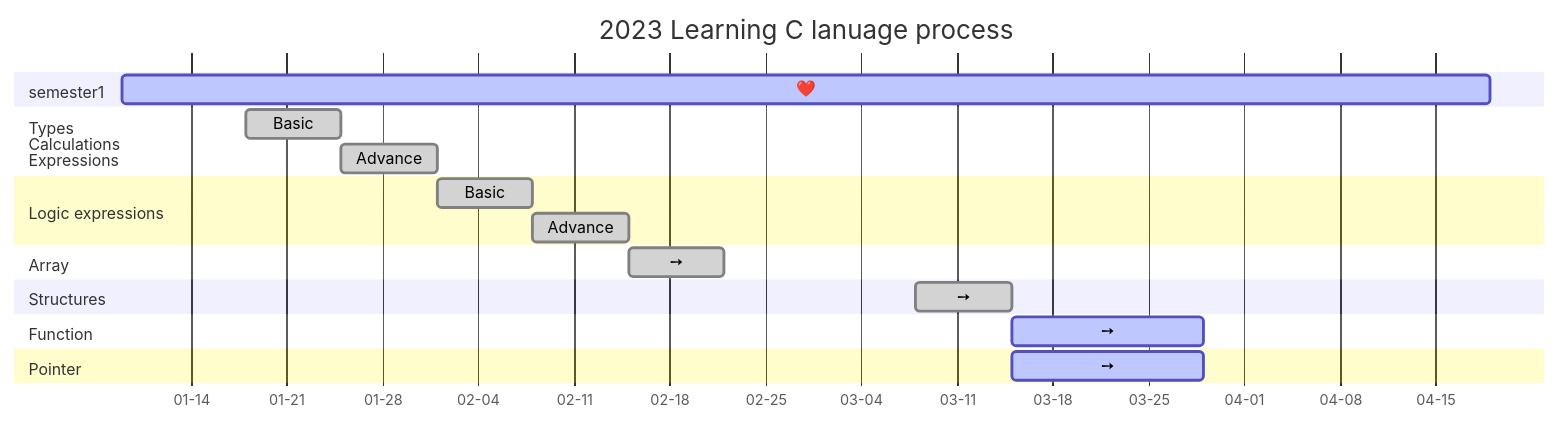
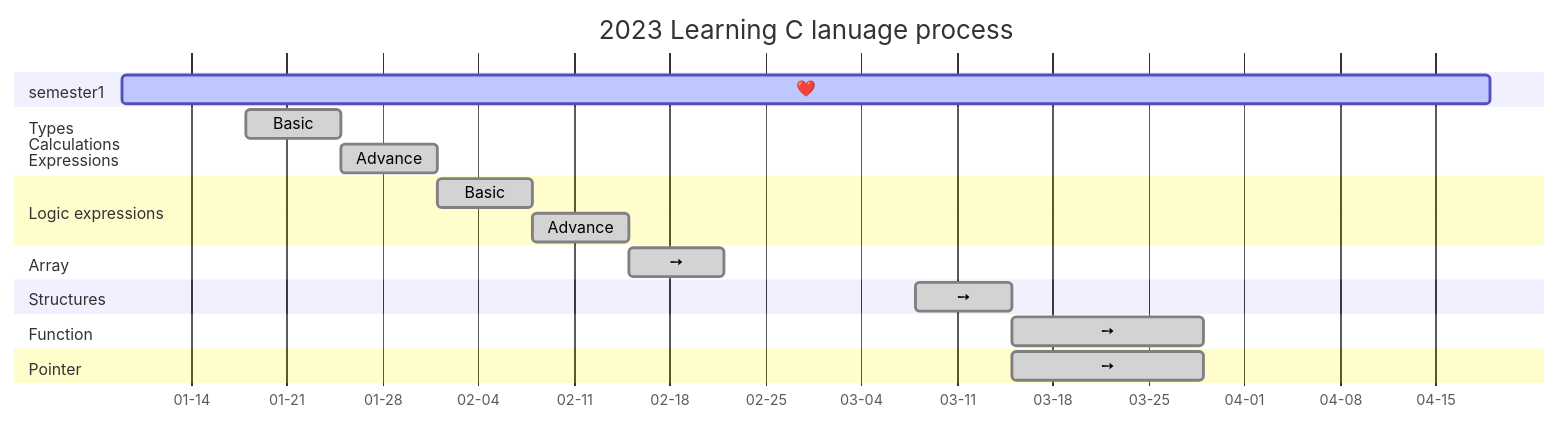
One commit to AimeeWen1992/Learning-C changed the diagram in README.md. Above: the diagram before and after it, drawn with Mermaid. The commit also changed other lines of this file, not shown here.

````diff
--- a/README.md
+++ b/README.md
@@ -17,28 +17,29 @@
 ```mermaid
 gantt
 title 2023 Learning C lanuage process 
 dateFormat YYYY-MM-DD
 axisFormat %m-%d
 
 section semester1
         ❤️:active,01-09,100d
 section Types<br />Calculations<br />Expressions
  Basic   :done,01-18,7d
  Advance :done,01-25,7d
 
 section Logic expressions
 Basic   :done,02-01,7d
 Advance :done,02-08,7d
 
 section Array
        ➙:done,02-15,7d
 
 section Structures
  ➙      :done,03-08,7d
 
 section Function
- ➙   :active,03-15,14d
+ ➙   :done,03-15,14d
 
 section Pointer
- ➙   :active,03-15,14d
+ ➙   :done,03-15,14d
+ 
 ```
````
